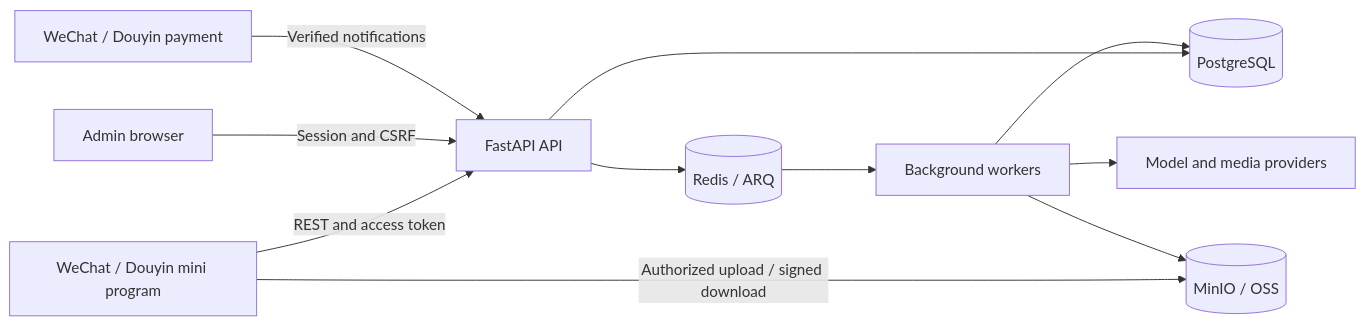
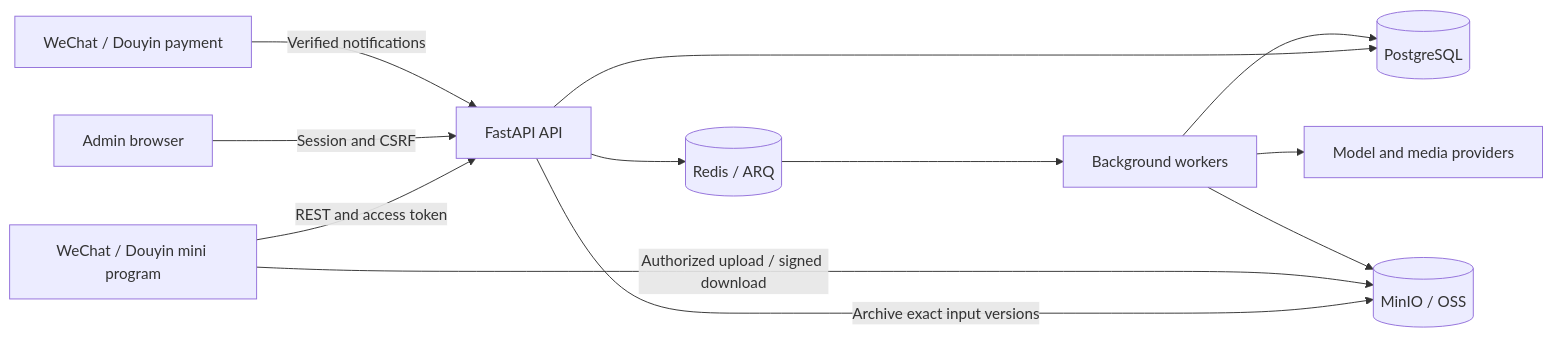
Before and after one commit to Orientation-CD/docs: the diagram in get-started/architecture.md, drawn with Mermaid. The commit also changed other lines of this file and 187 other files, not shown here.

````diff
--- a/get-started/architecture.md
+++ b/get-started/architecture.md
@@ -5,13 +5,14 @@
 ```mermaid
 flowchart LR
   MP[WeChat / Douyin mini program] -->|REST and access token| API[FastAPI API]
   ADM[Admin browser] -->|Session and CSRF| API
   API --> DB[(PostgreSQL)]
+  API -->|Archive exact input versions| S
   API --> Q[(Redis / ARQ)]
   Q --> W[Background workers]
   W --> P[Model and media providers]
   W --> DB
   MP -->|Authorized upload / signed download| S[(MinIO / OSS)]
   W --> S
   PAY[WeChat / Douyin payment] -->|Verified notifications| API
 ```
````
